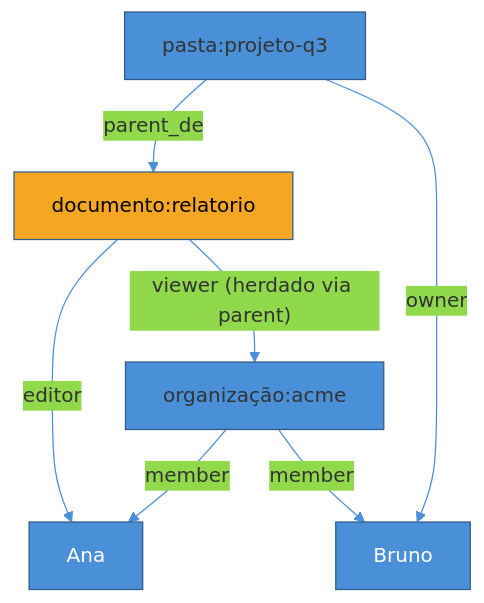
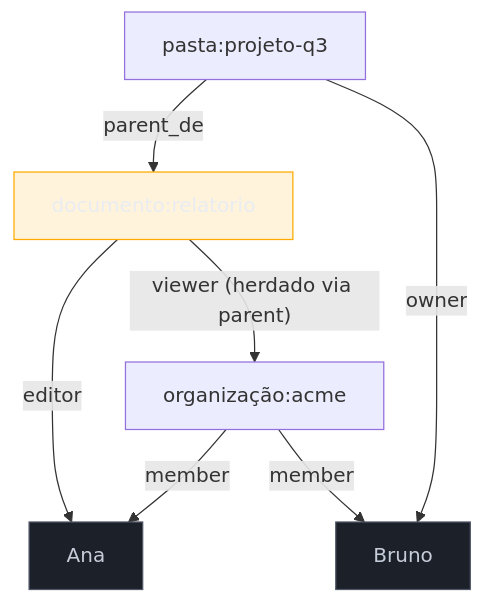
One commit to josenaldo/codex-technomanticus changed the fourth of 5 diagrams in 03-Dominios/Engenharia/Auth e Identidade/3 - Autorização e multi-tenancy/01 - RBAC, ABAC e ReBAC — os três modelos.md. Above: the diagram before and after it, drawn with Mermaid. The commit also changed other lines of this file and 1181 other files, not shown here.

First line of the commit message:
fix(diagramas): paleta do sistema no lugar de cor cravada no markdown

````diff
--- a/03-Dominios/Engenharia/Auth e Identidade/3 - Autorização e multi-tenancy/01 - RBAC, ABAC e ReBAC — os três modelos.md
+++ b/03-Dominios/Engenharia/Auth e Identidade/3 - Autorização e multi-tenancy/01 - RBAC, ABAC e ReBAC — os três modelos.md
@@ -139,14 +143,15 @@
 ```mermaid
-%%{init: {"theme": "base", "themeVariables": {"primaryColor": "#4A90D9", "primaryBorderColor": "#2E5C8A", "lineColor": "#4A90D9"}}}%%
 graph TD
+    classDef destaque fill:#FFAA0024,stroke:#FFAA00,color:#E9ECF2
+    classDef neutro fill:#1B2029,stroke:#4E5666,color:#C6CCD8
     Org["organização:acme"] -->|"member"| Ana["Ana"]
     Org -->|"member"| Bruno["Bruno"]
     Pasta["pasta:projeto-q3"] -->|"parent_de"| Doc["documento:relatorio"]
     Pasta -->|"owner"| Bruno
     Doc -->|"editor"| Ana
     Doc -->|"viewer (herdado via parent)"| Org
 
-    style Doc fill:#F5A623,color:#000
-    style Bruno fill:#4A90D9,color:#fff
-    style Ana fill:#4A90D9,color:#fff
+    class Doc destaque
+    class Bruno neutro
+    class Ana neutro
 ```
````
